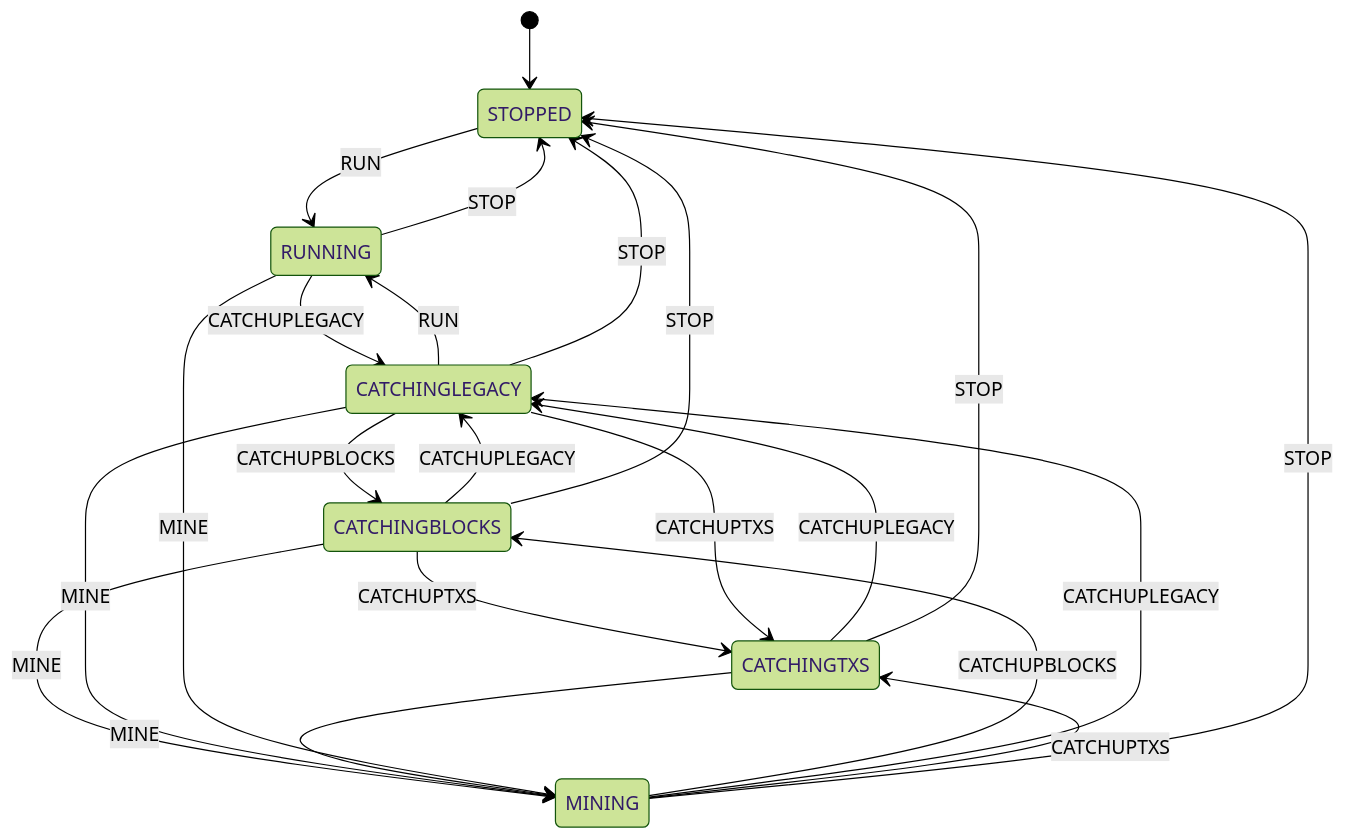
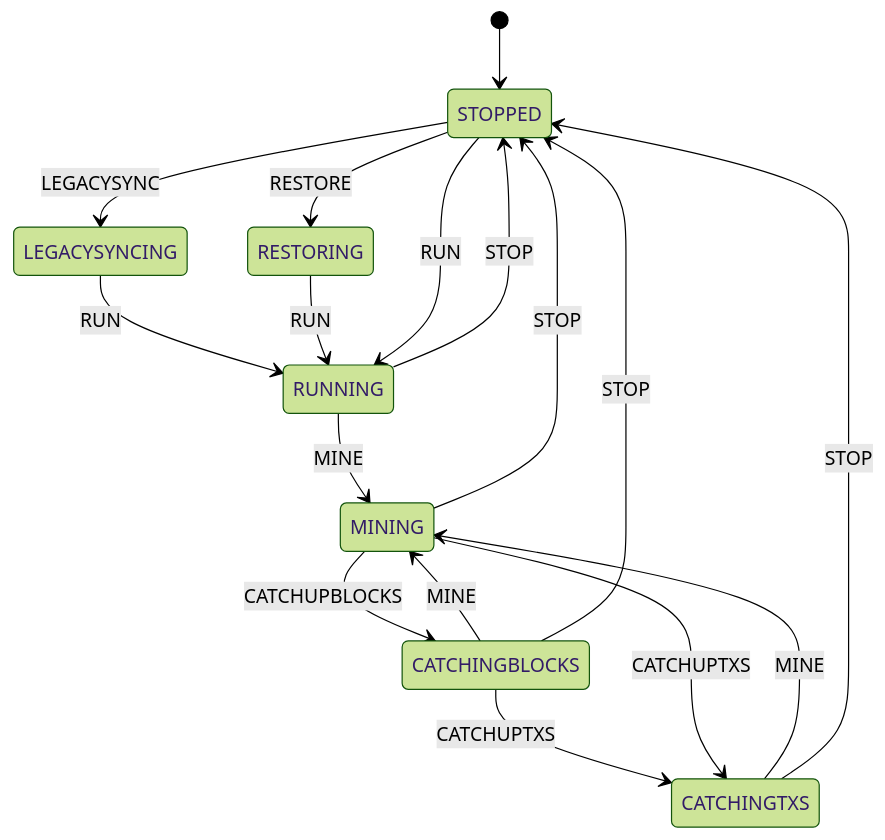
The diagram in docs/state-machine.diagram.md (freemans13/teranode), drawn with Mermaid (forest theme) before and after one commit. The commit also changed 8 other files, not shown here.

````diff
--- a/docs/state-machine.diagram.md
+++ b/docs/state-machine.diagram.md
@@ -5,24 +5,19 @@
 ```mermaid
 stateDiagram-v2
     [*] --> STOPPED
-    CATCHINGBLOCKS --> CATCHINGLEGACY: CATCHUPLEGACY
     CATCHINGBLOCKS --> CATCHINGTXS: CATCHUPTXS
     CATCHINGBLOCKS --> MINING: MINE
     CATCHINGBLOCKS --> STOPPED: STOP
-    CATCHINGLEGACY --> CATCHINGBLOCKS: CATCHUPBLOCKS
-    CATCHINGLEGACY --> CATCHINGTXS: CATCHUPTXS
-    CATCHINGLEGACY --> MINING: MINE
-    CATCHINGLEGACY --> RUNNING: RUN
-    CATCHINGLEGACY --> STOPPED: STOP
-    CATCHINGTXS --> CATCHINGLEGACY: CATCHUPLEGACY
     CATCHINGTXS --> MINING: MINE
     CATCHINGTXS --> STOPPED: STOP
+    LEGACYSYNCING --> RUNNING: RUN
     MINING --> CATCHINGBLOCKS: CATCHUPBLOCKS
-    MINING --> CATCHINGLEGACY: CATCHUPLEGACY
     MINING --> CATCHINGTXS: CATCHUPTXS
     MINING --> STOPPED: STOP
-    RUNNING --> CATCHINGLEGACY: CATCHUPLEGACY
+    RESTORING --> RUNNING: RUN
     RUNNING --> MINING: MINE
     RUNNING --> STOPPED: STOP
+    STOPPED --> LEGACYSYNCING: LEGACYSYNC
+    STOPPED --> RESTORING: RESTORE
     STOPPED --> RUNNING: RUN
 ```
````
